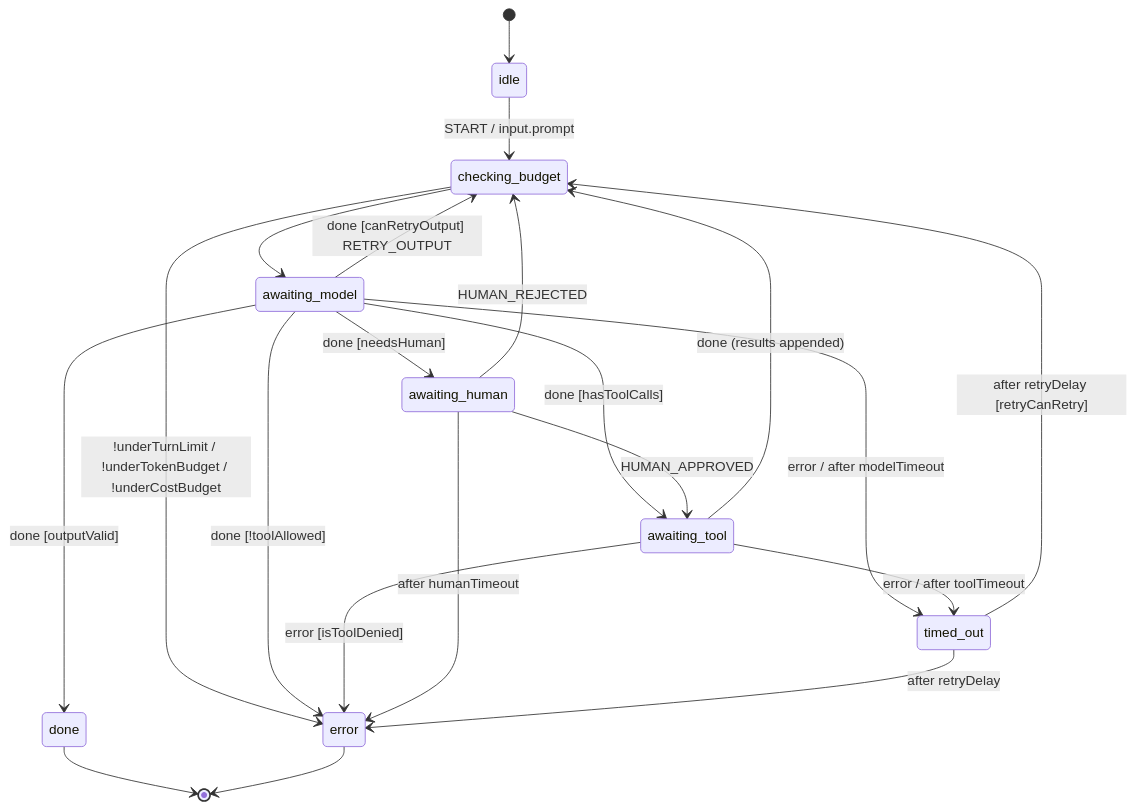
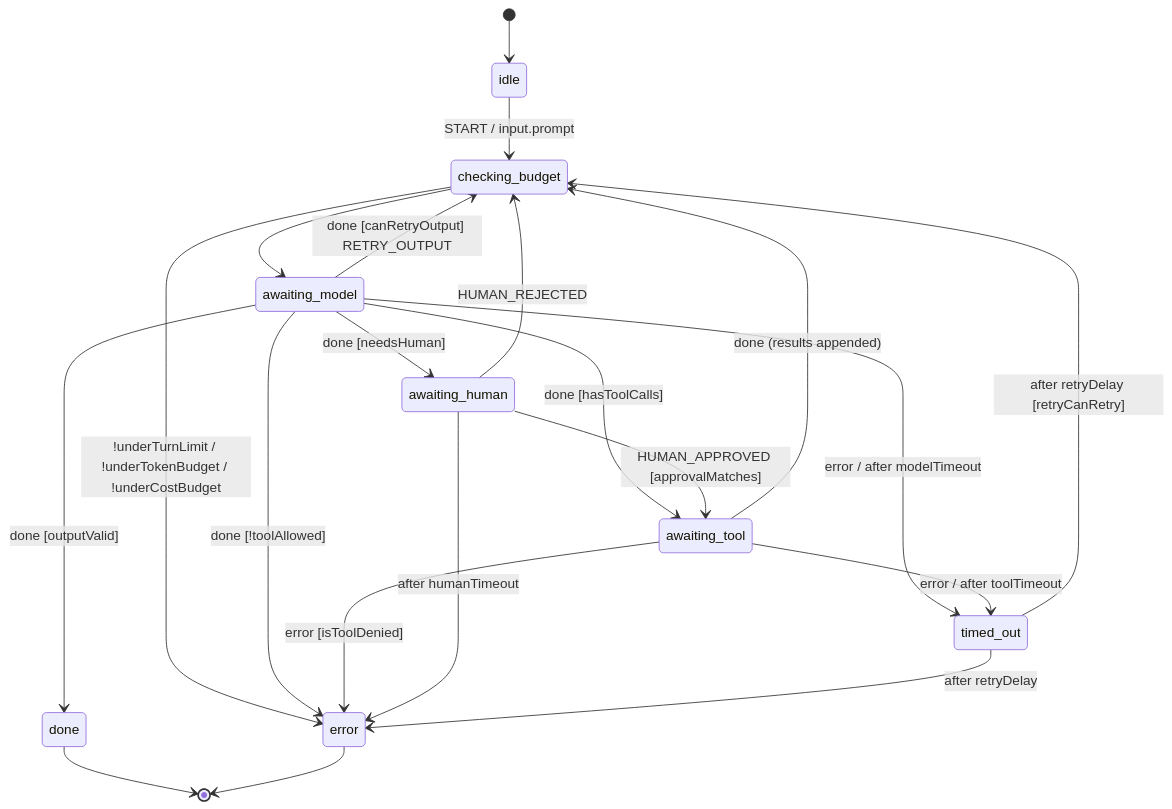
The diagram in docs/_guide/integration-agents.md (basiltt/xstate-statemachine), drawn with Mermaid before and after one commit. The commit also changed other lines of this file and 10 other files, not shown here.

````diff
--- a/docs/_guide/integration-agents.md
+++ b/docs/_guide/integration-agents.md
@@ -46,23 +46,23 @@
 ```mermaid
 stateDiagram-v2
     [*] --> idle
     idle --> checking_budget : START / input.prompt
     checking_budget --> error : !underTurnLimit / !underTokenBudget / !underCostBudget
     checking_budget --> awaiting_model
     awaiting_model --> error : done [!toolAllowed]
     awaiting_model --> awaiting_human : done [needsHuman]
     awaiting_model --> awaiting_tool : done [hasToolCalls]
     awaiting_model --> done : done [outputValid]
     awaiting_model --> checking_budget : done [canRetryOutput] RETRY_OUTPUT
     awaiting_model --> timed_out : error / after modelTimeout
     awaiting_tool --> checking_budget : done (results appended)
     awaiting_tool --> error : error [isToolDenied]
     awaiting_tool --> timed_out : error / after toolTimeout
-    awaiting_human --> awaiting_tool : HUMAN_APPROVED
+    awaiting_human --> awaiting_tool : HUMAN_APPROVED [approvalMatches]
     awaiting_human --> checking_budget : HUMAN_REJECTED
     awaiting_human --> error : after humanTimeout
     timed_out --> checking_budget : after retryDelay [retryCanRetry]
     timed_out --> error : after retryDelay
     done --> [*]
     error --> [*]
 ```
````
